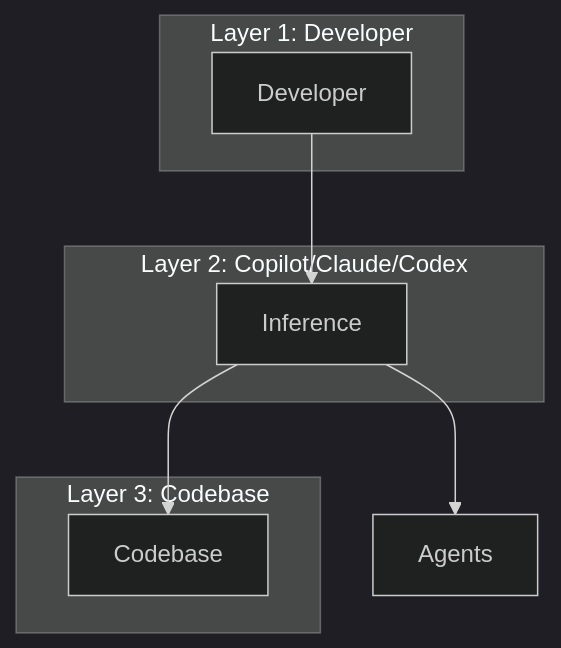
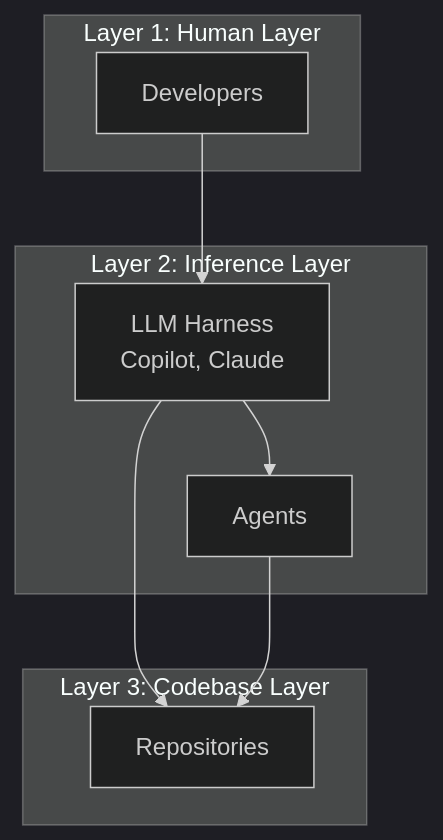
Before and after one commit to ra1han/minimum-viable-harness: the second of 3 diagrams in talks/introduction.md, drawn with Mermaid (dark theme). The commit also changed other lines of this file and 1 other file, not shown here.

````diff
--- a/talks/introduction.md
+++ b/talks/introduction.md
@@ -25,21 +31,20 @@
 ```mermaid
 flowchart TD
-   subgraph Layer1[Layer 1: Developer]
-      Developer[Developer]
+   subgraph Layer1[Layer 1: Human Layer]
+      Developer[Developers]
    end
 
-   subgraph Layer2[Layer 2: Copilot/Claude/Codex]
-      Inference[Inference]
+   subgraph Layer2[Layer 2: Inference Layer]
+      Inference[LLM Harness<br/>Copilot, Claude]
+      Agents[Agents]
    end
 
-   subgraph Layer3[Layer 3: Codebase]
-      Codebase[Codebase]
+   subgraph Layer3[Layer 3: Codebase Layer]
+      Codebase[Repositories]
    end
 
-
-
    Developer --> Inference
+   Inference --> Agents
    Inference --> Codebase
-   Inference --> Agents
-
+   Agents --> Codebase
 ```
````
